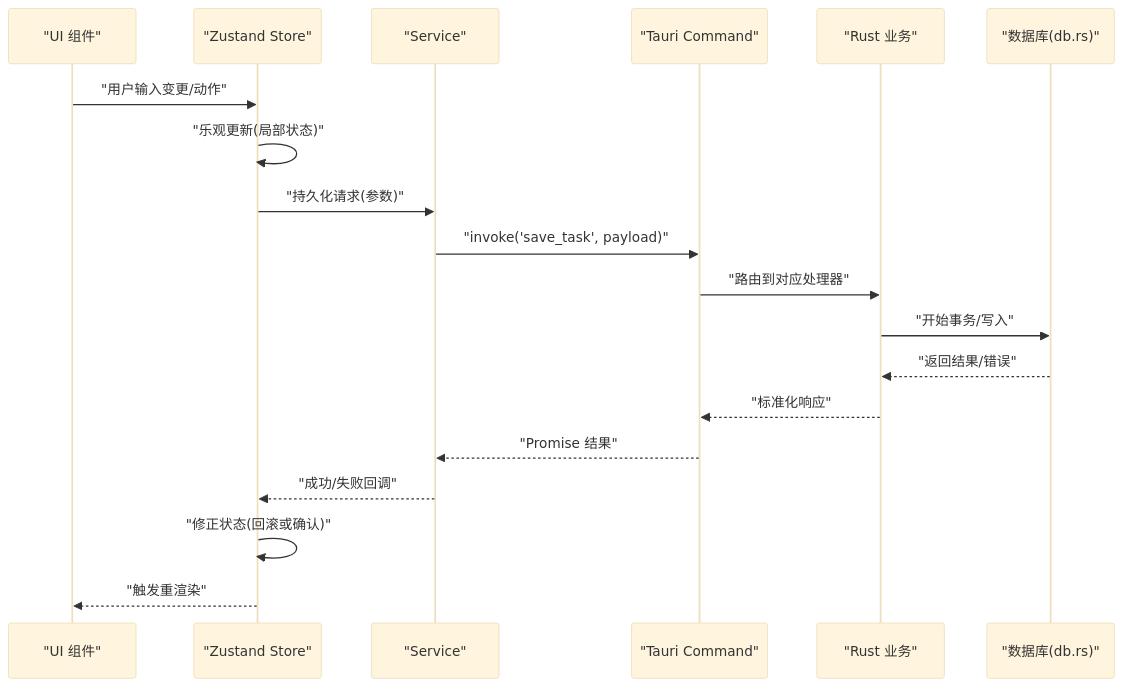
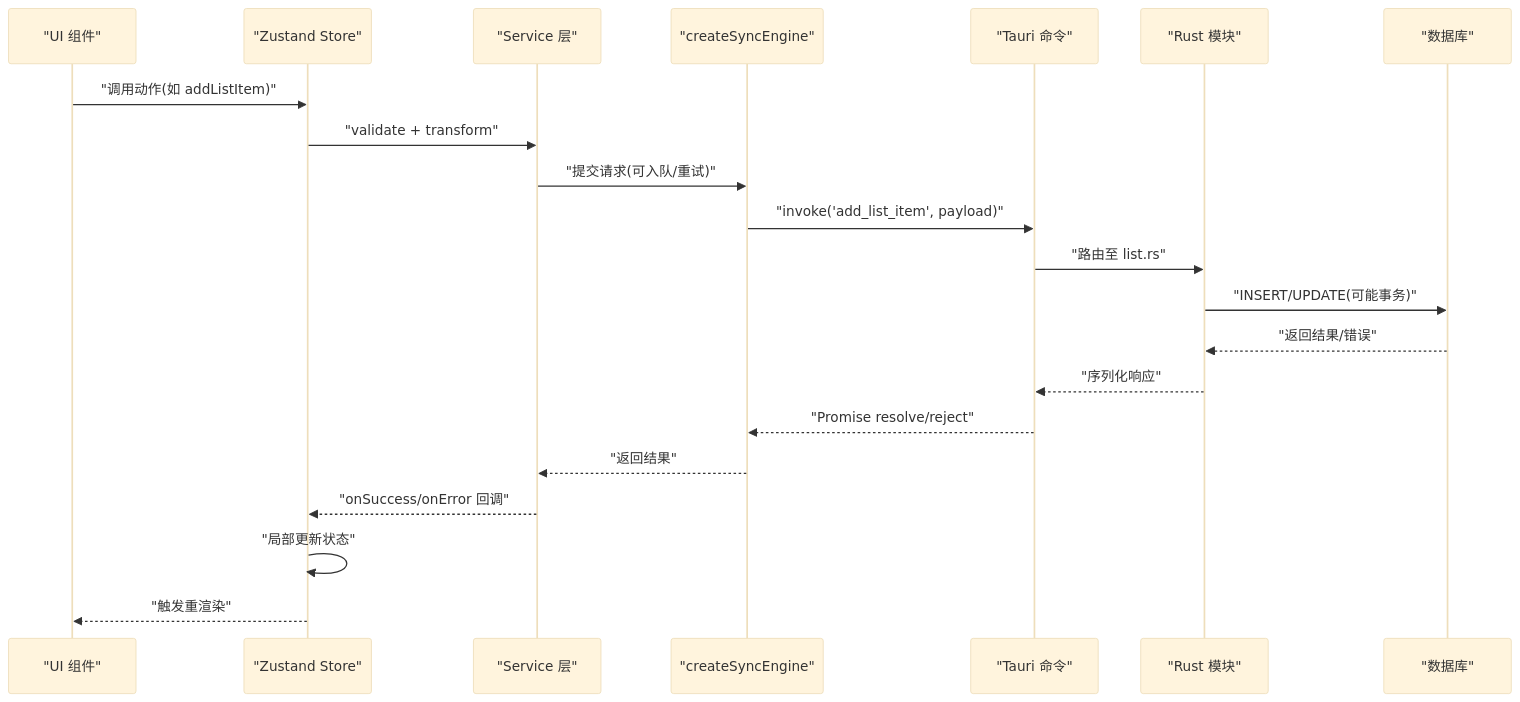
The second of 6 diagrams in .qoder/repowiki/zh/content/架构设计/数据流设计.md (gzdxhujiale/FishWorker), drawn with Mermaid (base theme) before and after one commit. The commit also changed other lines of this file and 238 other files, not shown here.

````diff
--- a/.qoder/repowiki/zh/content/架构设计/数据流设计.md
+++ b/.qoder/repowiki/zh/content/架构设计/数据流设计.md
@@ -131,21 +115,23 @@
 ```mermaid
 sequenceDiagram
 participant UI as "UI 组件"
 participant Store as "Zustand Store"
-participant Svc as "Service"
-participant Cmd as "Tauri Command"
-participant Rust as "Rust 业务"
-participant DB as "数据库(db.rs)"
-UI->>Store : "用户输入变更/动作"
-Store->>Store : "乐观更新(局部状态)"
-Store->>Svc : "持久化请求(参数)"
-Svc->>Cmd : "invoke('save_task', payload)"
-Cmd->>Rust : "路由到对应处理器"
-Rust->>DB : "开始事务/写入"
+participant Svc as "Service 层"
+participant Sync as "createSyncEngine"
+participant Tauri as "Tauri 命令"
+participant Rust as "Rust 模块"
+participant DB as "数据库"
+UI->>Store : "调用动作(如 addListItem)"
+Store->>Svc : "validate + transform"
+Svc->>Sync : "提交请求(可入队/重试)"
+Sync->>Tauri : "invoke('add_list_item', payload)"
+Tauri->>Rust : "路由至 list.rs"
+Rust->>DB : "INSERT/UPDATE(可能事务)"
 DB-->>Rust : "返回结果/错误"
-Rust-->>Cmd : "标准化响应"
-Cmd-->>Svc : "Promise 结果"
-Svc-->>Store : "成功/失败回调"
-Store->>Store : "修正状态(回滚或确认)"
+Rust-->>Tauri : "序列化响应"
+Tauri-->>Sync : "Promise resolve/reject"
+Sync-->>Svc : "返回结果"
+Svc-->>Store : "onSuccess/onError 回调"
+Store->>Store : "局部更新状态"
 Store-->>UI : "触发重渲染"
 ```
````
